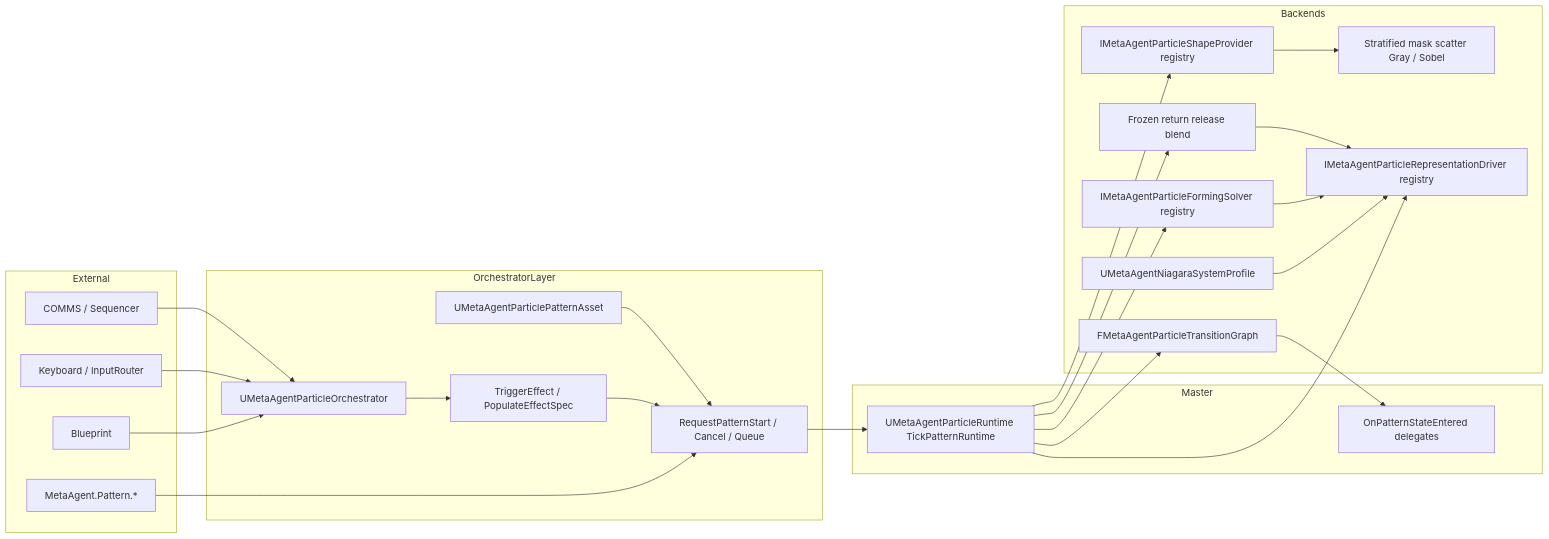
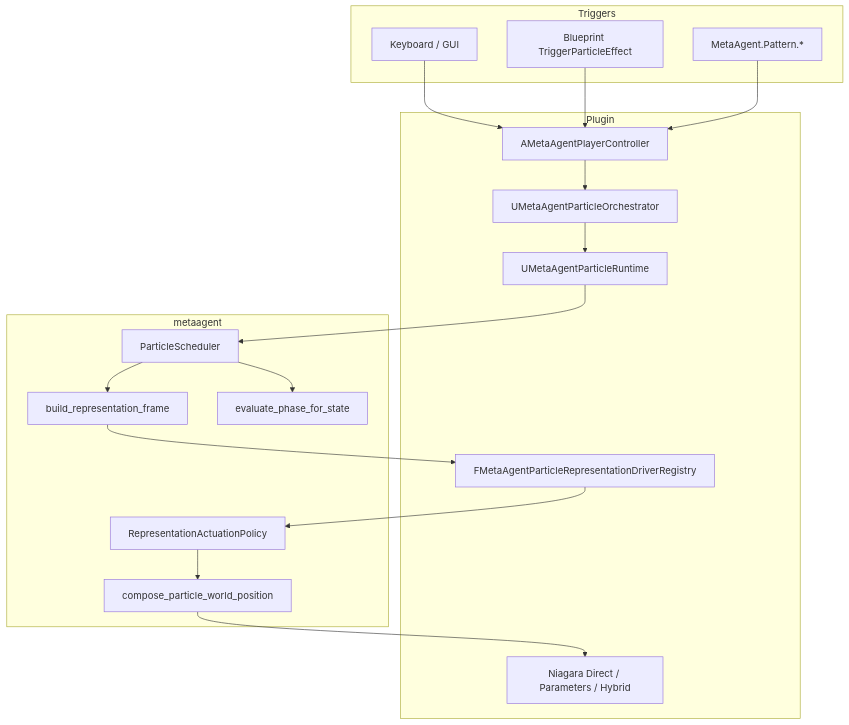
The fifth of 6 diagrams in README.md (vecnode/metaagent-ue5-plugin), drawn with Mermaid before and after one commit. The commit also changed other lines of this file and 2 other files, not shown here.

````diff
--- a/README.md
+++ b/README.md
@@ -976,50 +238,37 @@
 ```mermaid
-flowchart LR
-    subgraph External
-        BP[Blueprint]
-        Keys[Keyboard / InputRouter]
-        COMMS[COMMS / Sequencer]
+flowchart TB
+    subgraph Triggers
+        Keys[Keyboard / GUI]
+        BP[Blueprint TriggerParticleEffect]
         Console[MetaAgent.Pattern.*]
     end
 
-    subgraph OrchestratorLayer
+    subgraph Plugin
+        PC[AMetaAgentPlayerController]
         ORCH[UMetaAgentParticleOrchestrator]
-        FX[TriggerEffect / PopulateEffectSpec]
-        CMD[RequestPatternStart / Cancel / Queue]
-        Asset[UMetaAgentParticlePatternAsset]
+        RT[UMetaAgentParticleRuntime]
+        DRV[FMetaAgentParticleRepresentationDriverRegistry]
+        NIA[Niagara Direct / Parameters / Hybrid]
     end
 
-    subgraph Master
-        FSM[UMetaAgentParticleRuntime TickPatternRuntime]
-        Events[OnPatternStateEntered delegates]
+    subgraph metaagent
+        Sched[ParticleScheduler]
+        Build[build_representation_frame]
+        Phase[evaluate_phase_for_state]
+        Compose[compose_particle_world_position]
+        Pol[RepresentationActuationPolicy]
     end
 
-    subgraph Backends
-        Shapes[IMetaAgentParticleShapeProvider registry]
-        Scatter[Stratified mask scatter Gray / Sobel]
-        Forming[IMetaAgentParticleFormingSolver registry]
-        Graph[FMetaAgentParticleTransitionGraph]
-        Drivers[IMetaAgentParticleRepresentationDriver registry]
-        Profile[UMetaAgentNiagaraSystemProfile]
-        Traj[Frozen return release blend]
-    end
-
-    BP --> ORCH
-    Keys --> ORCH
-    COMMS --> ORCH
-    Console --> CMD
-    ORCH --> FX
-    FX --> CMD
-    Asset --> CMD
-    CMD --> FSM
-    FSM --> Graph
-    Graph --> Events
-    FSM --> Shapes
-    Shapes --> Scatter
-    FSM --> Forming
-    FSM --> Drivers
-    Profile --> Drivers
-    Forming --> Drivers
-    FSM --> Traj
-    Traj --> Drivers
+    Keys --> PC
+    BP --> PC
+    Console --> PC
+    PC --> ORCH
+    ORCH --> RT
+    RT --> Sched
+    Sched --> Phase
+    Sched --> Build
+    Build --> DRV
+    DRV --> Pol
+    Pol --> Compose
+    Compose --> NIA
 ```
````
